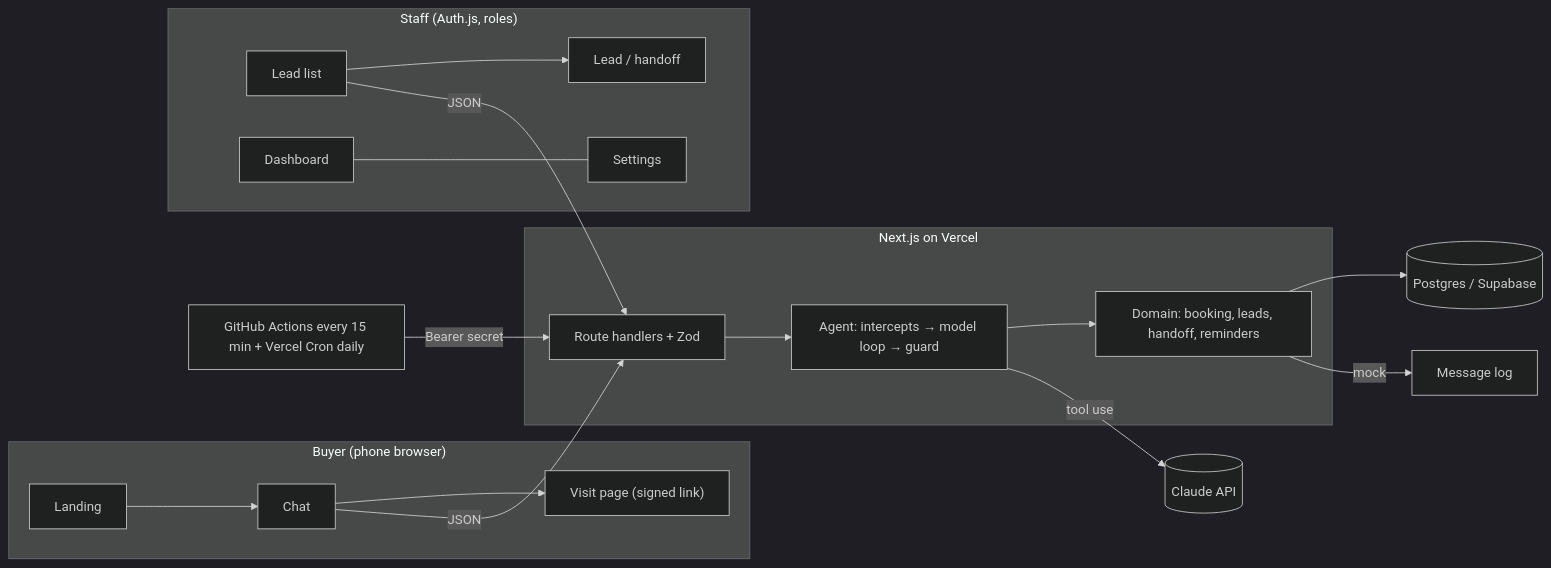
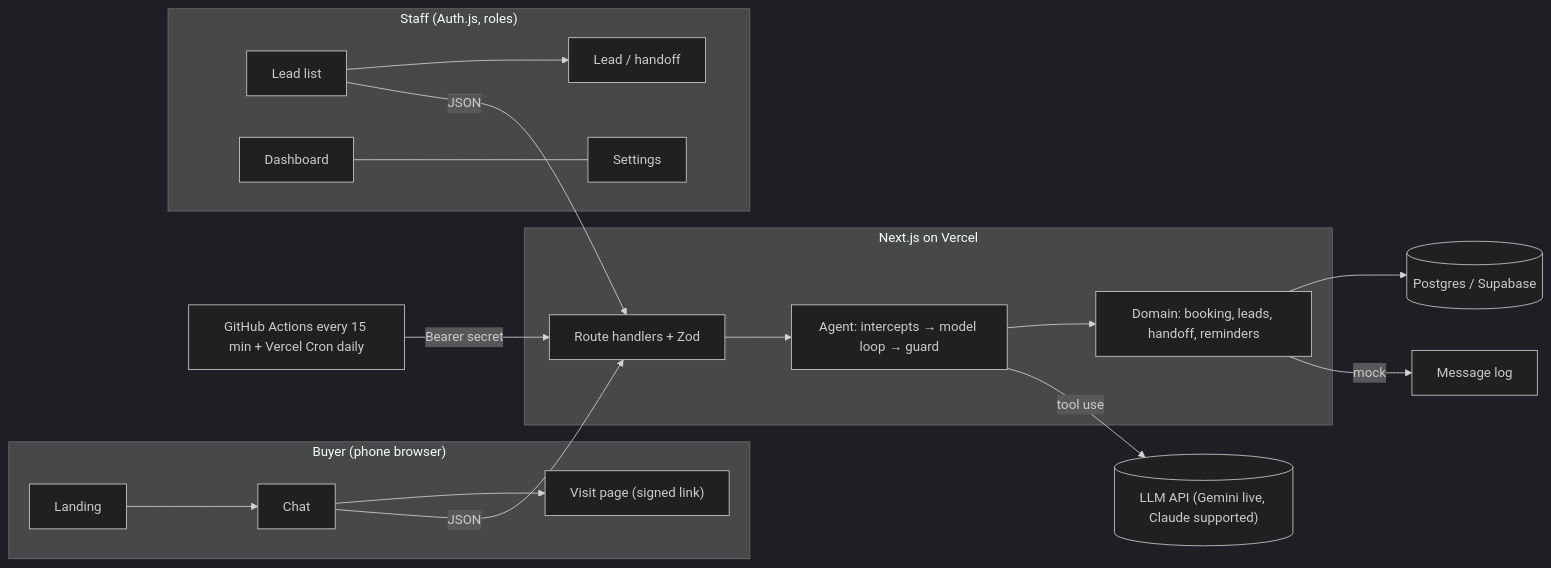
One commit to Arpan7125/site-visit-assistant changed the first of 4 diagrams in docs/TDD.md. Above: the diagram before and after it, drawn with Mermaid (dark theme). The commit also changed other lines of this file and 5 other files, not shown here.

````diff
--- a/docs/TDD.md
+++ b/docs/TDD.md
@@ -52,23 +52,23 @@
 ```mermaid
 flowchart LR
   subgraph Buyer["Buyer (phone browser)"]
     L[Landing] --> C[Chat]
     C --> V["Visit page (signed link)"]
   end
   subgraph Staff["Staff (Auth.js, roles)"]
     LL[Lead list] --> LD[Lead / handoff]
     DB2[Dashboard] --- S[Settings]
   end
   subgraph App["Next.js on Vercel"]
     API[Route handlers + Zod]
     AG["Agent: intercepts → model loop → guard"]
     DOM["Domain: booking, leads, handoff, reminders"]
   end
   C -- JSON --> API
   LL -- JSON --> API
   API --> AG --> DOM
-  AG -- tool use --> CL[(Claude API)]
+  AG -- tool use --> CL[("LLM API (Gemini live, Claude supported)")]
   DOM --> PG[(Postgres / Supabase)]
   CRON[GitHub Actions every 15 min + Vercel Cron daily] -- Bearer secret --> API
   DOM -- mock --> LOG[Message log]
 ```
````
